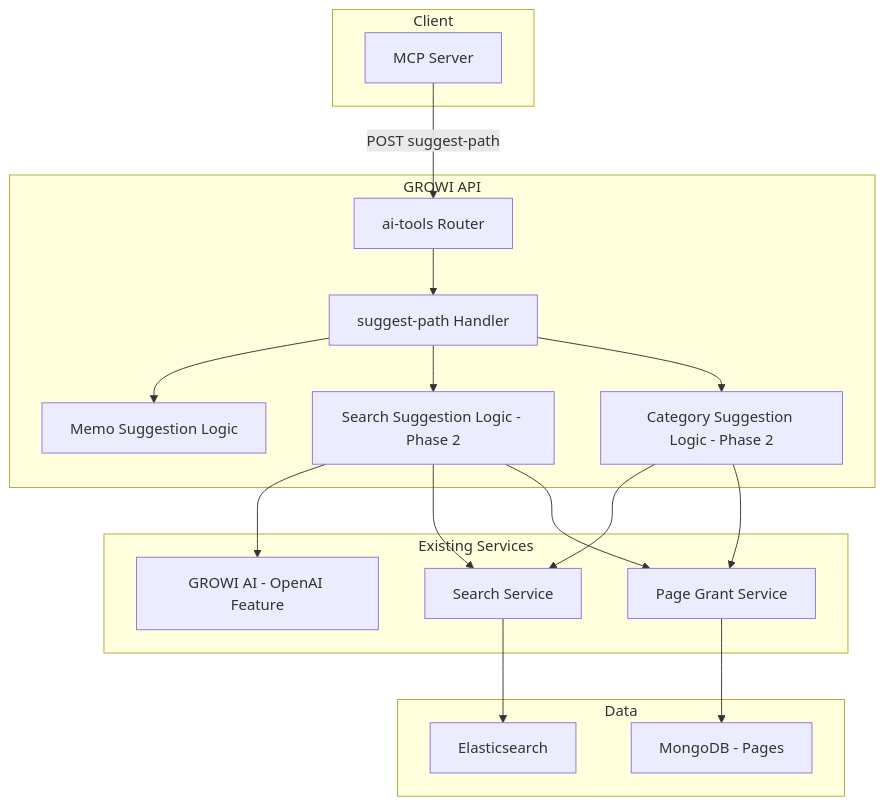
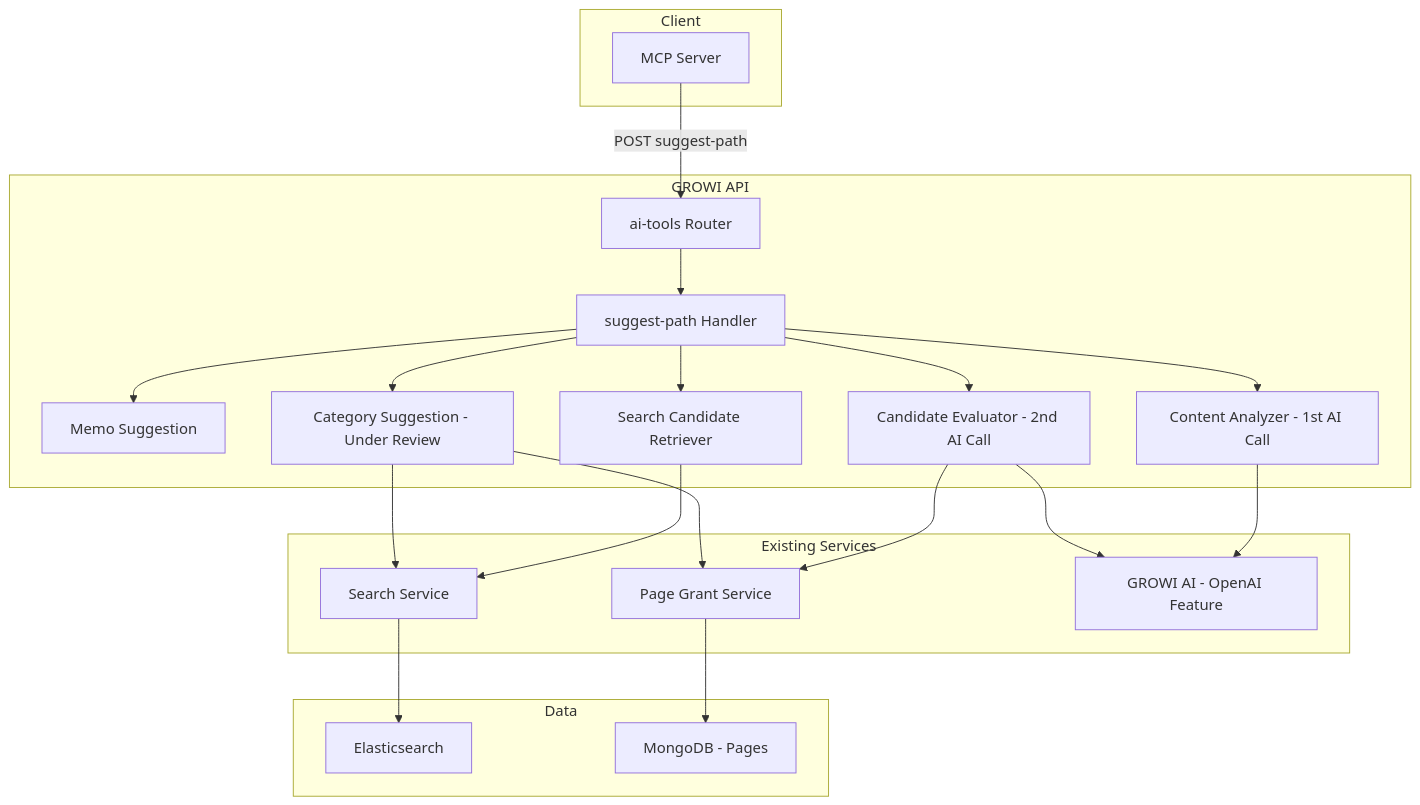
Before and after one commit to growilabs/growi: the first of 3 diagrams in .kiro/specs/suggest-path/design.md, drawn with Mermaid. The commit also changed other lines of this file and 3 other files, not shown here.

First line of the commit message:
feat(suggest-path): revise Phase 2 spec with AI candidate evaluation

````diff
--- a/.kiro/specs/suggest-path/design.md
+++ b/.kiro/specs/suggest-path/design.md
@@ -41,38 +55,43 @@
 ```mermaid
 graph TB
     subgraph Client
         MCP[MCP Server]
     end
 
-    subgraph GROWI API
+    subgraph GROWI_API[GROWI API]
         Router[ai-tools Router]
         Handler[suggest-path Handler]
-        MemoGen[Memo Suggestion Logic]
-        SearchGen[Search Suggestion Logic - Phase 2]
-        CategoryGen[Category Suggestion Logic - Phase 2]
+        MemoGen[Memo Suggestion]
+        Analyzer[Content Analyzer - 1st AI Call]
+        Retriever[Search Candidate Retriever]
+        Evaluator[Candidate Evaluator - 2nd AI Call]
+        CategoryGen[Category Suggestion - Under Review]
     end
 
-    subgraph Existing Services
+    subgraph Existing[Existing Services]
         SearchSvc[Search Service]
         GrantSvc[Page Grant Service]
         AIFeature[GROWI AI - OpenAI Feature]
     end
 
     subgraph Data
         ES[Elasticsearch]
         Mongo[MongoDB - Pages]
     end
 
     MCP -->|POST suggest-path| Router
     Router --> Handler
     Handler --> MemoGen
-    Handler --> SearchGen
+    Handler --> Analyzer
+    Analyzer --> AIFeature
+    Handler --> Retriever
+    Retriever --> SearchSvc
+    Handler --> Evaluator
+    Evaluator --> AIFeature
     Handler --> CategoryGen
-    SearchGen --> AIFeature
-    SearchGen --> SearchSvc
     CategoryGen --> SearchSvc
-    SearchGen --> GrantSvc
+    SearchSvc --> ES
+    Evaluator --> GrantSvc
     CategoryGen --> GrantSvc
-    SearchSvc --> ES
     GrantSvc --> Mongo
 ```
````
